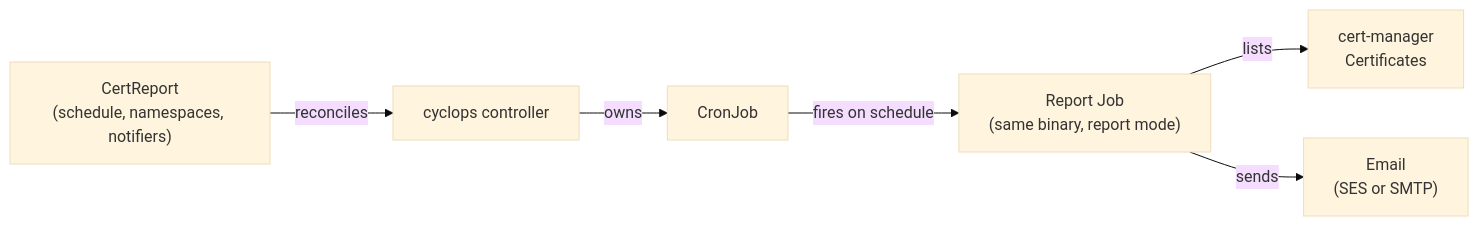
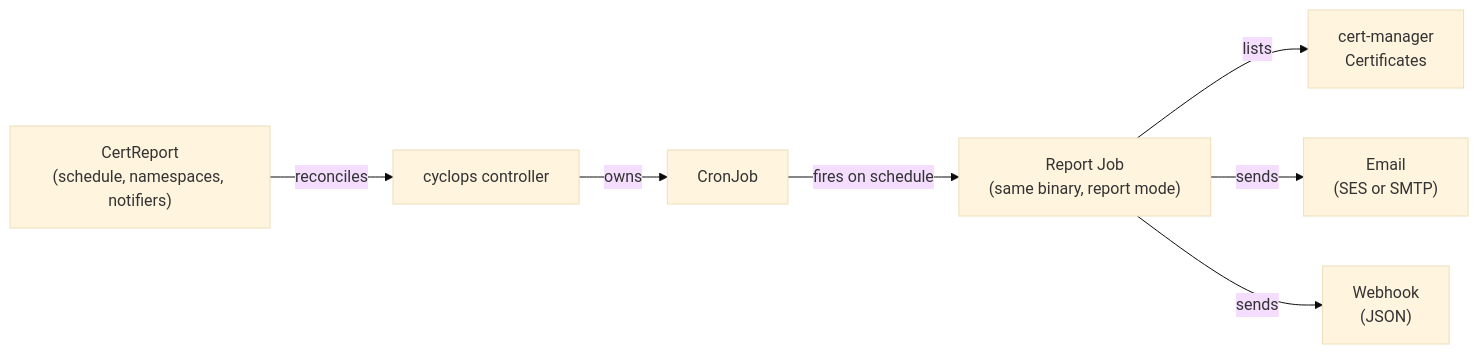
The diagram in README.md (sakshitposting-irl/cyclops), drawn with Mermaid (base theme) before and after one commit. The commit also changed other lines of this file and 14 other files, not shown here.

````diff
--- a/README.md
+++ b/README.md
@@ -16,8 +17,9 @@
 ```mermaid
 flowchart LR
     CR["CertReport<br/>(schedule, namespaces, notifiers)"] -->|reconciles| CTRL[cyclops controller]
     CTRL -->|owns| CJ[CronJob]
     CJ -->|fires on schedule| JOB["Report Job<br/>(same binary, report mode)"]
     JOB -->|lists| CM["cert-manager<br/>Certificates"]
     JOB -->|sends| MAIL["Email<br/>(SES or SMTP)"]
+    JOB -->|sends| HOOK["Webhook<br/>(JSON)"]
 ```
````
